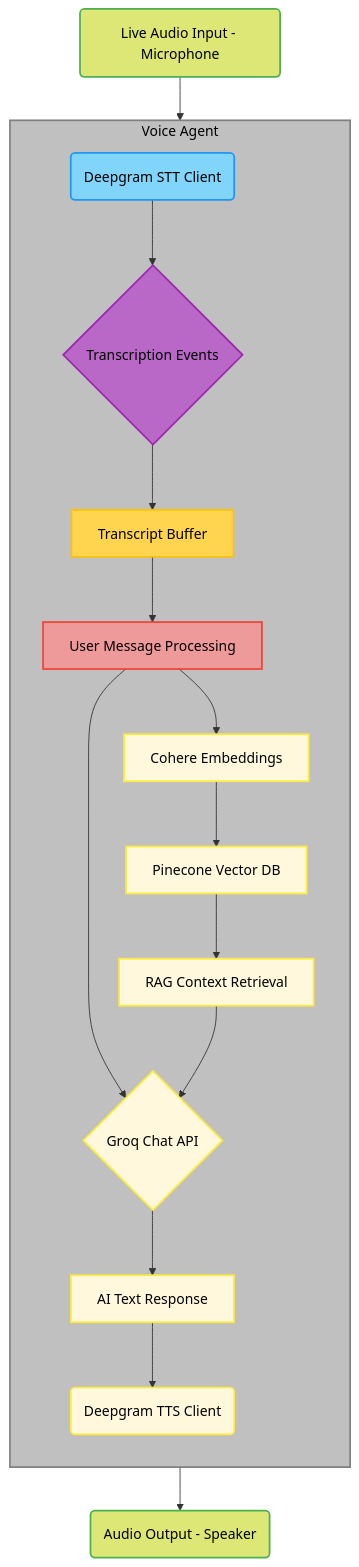
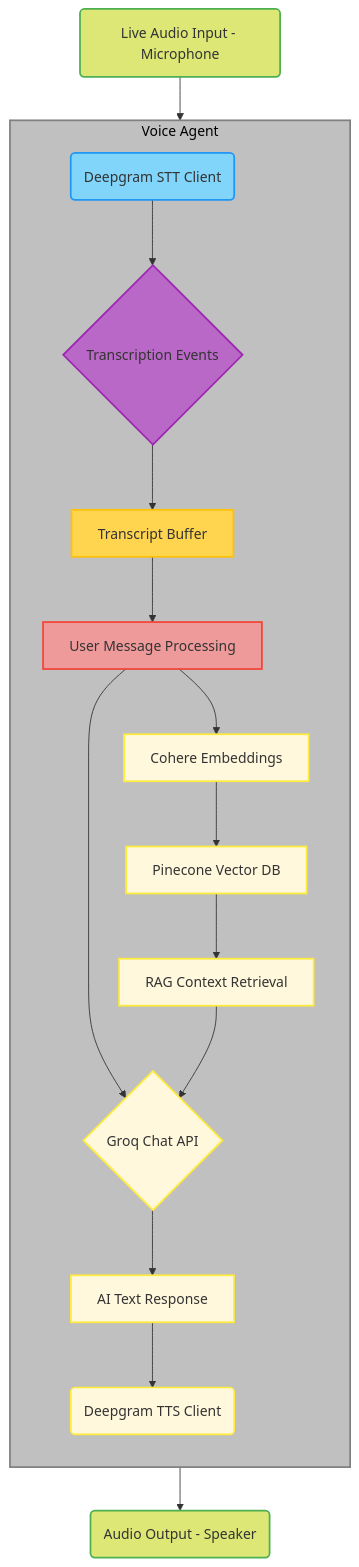
One commit to MeriemTerki/PsycheAI changed the third of 3 diagrams in backend/README.md. Above: the diagram before and after it, drawn with Mermaid.

````diff
--- a/backend/README.md
+++ b/backend/README.md
@@ -100,57 +100,47 @@
 ```mermaid
 graph TD
     InputMic(Live Audio Input - Microphone)
-    DeepgramSTT(Deepgram STT Client)
-    TransEvents{Transcription Events}
-    TranscriptBuffer[Transcript Buffer]
-    UserMsgProc[User Message Processing]
-    GroqChat{Groq Chat API}
-    CohereEmbed[Cohere Embeddings]
-    PineconeDB[Pinecone Vector DB]
-    RAGContext[RAG Context Retrieval]
-    AIText[AI Text Response]
-    DeepgramTTS(Deepgram TTS Client)
     OutputSpeaker(Audio Output - Speaker)
+
+    subgraph voice_agent_subgraph["Voice Agent"]
+        direction TD
+        DeepgramSTT(Deepgram STT Client)
+        TransEvents{Transcription Events}
+        TranscriptBuffer[Transcript Buffer]
+        UserMsgProc[User Message Processing]
+        GroqChat{Groq Chat API}
+        CohereEmbed[Cohere Embeddings]
+        PineconeDB[Pinecone Vector DB]
+        RAGContext[RAG Context Retrieval]
+        AIText[AI Text Response]
+        DeepgramTTS(Deepgram TTS Client)
+    end
 
     InputMic --> DeepgramSTT
     DeepgramSTT --> TransEvents
     TransEvents --> TranscriptBuffer
     TranscriptBuffer --> UserMsgProc
     UserMsgProc --> GroqChat
     UserMsgProc --> CohereEmbed
     CohereEmbed --> PineconeDB
     PineconeDB --> RAGContext
     RAGContext --> GroqChat
     GroqChat --> AIText
     AIText --> DeepgramTTS
     DeepgramTTS --> OutputSpeaker
 
-    subgraph voice_agent_subgraph[Voice Agent]
-        direction TD
-        DeepgramSTT(Deepgram STT Client)
-        TransEvents{Transcription Events}
-        TranscriptBuffer[Transcript Buffer]
-        UserMsgProc[User Message Processing]
-        GroqChat{Groq Chat API}
-        CohereEmbed[Cohere Embeddings]
-        PineconeDB[Pinecone Vector DB]
-        RAGContext[RAG Context Retrieval]
-        AIText[AI Text Response]
-        DeepgramTTS(Deepgram TTS Client)
-    end
-
-    style InputMic fill:#DCE775,stroke:#4CAF50,stroke-width:2px,color:#000000
-    style OutputSpeaker fill:#DCE775,stroke:#4CAF50,stroke-width:2px,color:#000000
-    style DeepgramSTT fill:#81D4FA,stroke:#2196F3,stroke-width:2px,color:#000000
-    style TransEvents fill:#BA68C8,stroke:#9C27B0,stroke-width:2px,color:#000000
-    style TranscriptBuffer fill:#FFD54F,stroke:#FFC107,stroke-width:2px,color:#000000
-    style UserMsgProc fill:#EF9A9A,stroke:#F44336,stroke-width:2px,color:#000000
-    style GroqChat fill:#FFF8DC,stroke:#FFEB3B,stroke-width:2px,color:#000000
-    style CohereEmbed fill:#FFF8DC,stroke:#FFEB3B,stroke-width:2px,color:#000000
-    style PineconeDB fill:#FFF8DC,stroke:#FFEB3B,stroke-width:2px,color:#000000
-    style RAGContext fill:#FFF8DC,stroke:#FFEB3B,stroke-width:2px,color:#000000
-    style AIText fill:#FFF8DC,stroke:#FFEB3B,stroke-width:2px,color:#000000
-    style DeepgramTTS fill:#FFF8DC,stroke:#FFEB3B,stroke-width:2px,color:#000000
+    style InputMic fill:#DCE775,stroke:#4CAF50,stroke-width:2px
+    style OutputSpeaker fill:#DCE775,stroke:#4CAF50,stroke-width:2px
+    style DeepgramSTT fill:#81D4FA,stroke:#2196F3,stroke-width:2px
+    style TransEvents fill:#BA68C8,stroke:#9C27B0,stroke-width:2px
+    style TranscriptBuffer fill:#FFD54F,stroke:#FFC107,stroke-width:2px
+    style UserMsgProc fill:#EF9A9A,stroke:#F44336,stroke-width:2px
+    style GroqChat fill:#FFF8DC,stroke:#FFEB3B,stroke-width:2px
+    style CohereEmbed fill:#FFF8DC,stroke:#FFEB3B,stroke-width:2px
+    style PineconeDB fill:#FFF8DC,stroke:#FFEB3B,stroke-width:2px
+    style RAGContext fill:#FFF8DC,stroke:#FFEB3B,stroke-width:2px
+    style AIText fill:#FFF8DC,stroke:#FFEB3B,stroke-width:2px
+    style DeepgramTTS fill:#FFF8DC,stroke:#FFEB3B,stroke-width:2px
     style voice_agent_subgraph fill:#C0C0C0,stroke:#808080,stroke-width:2px,color:#000000
 
 ```
````
